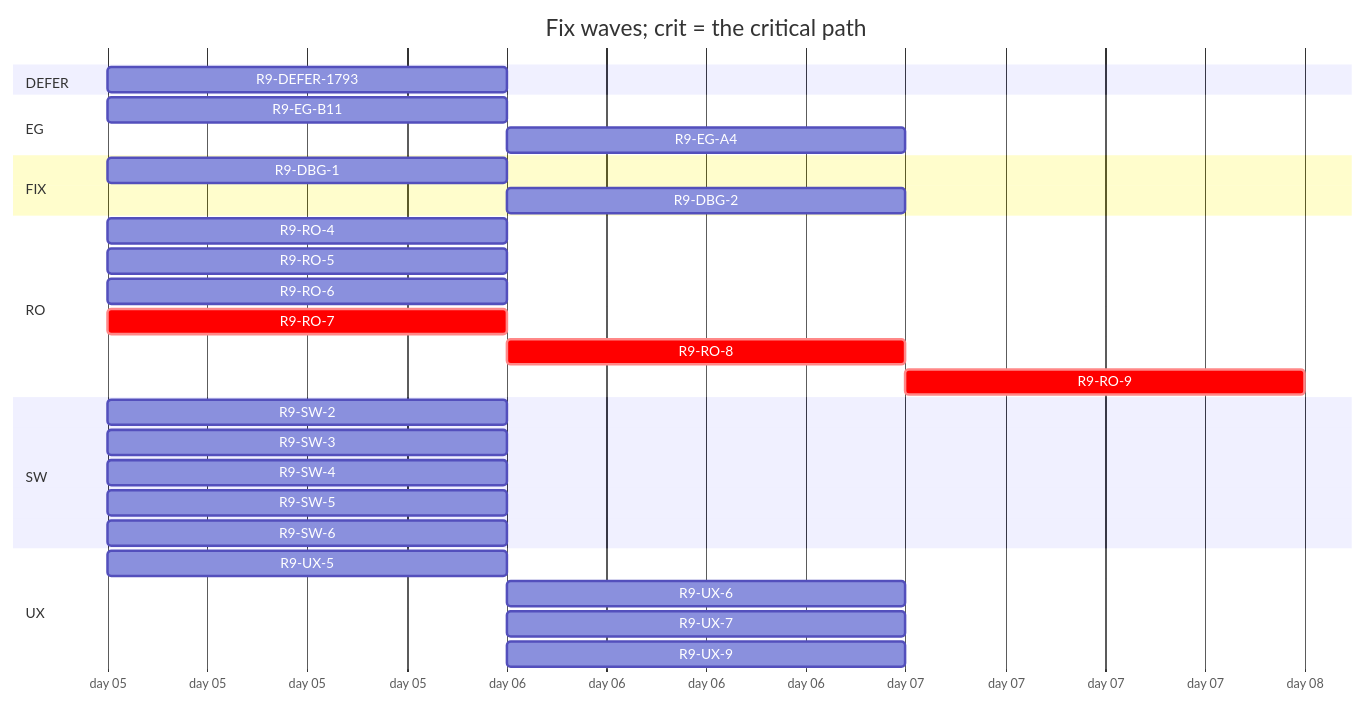
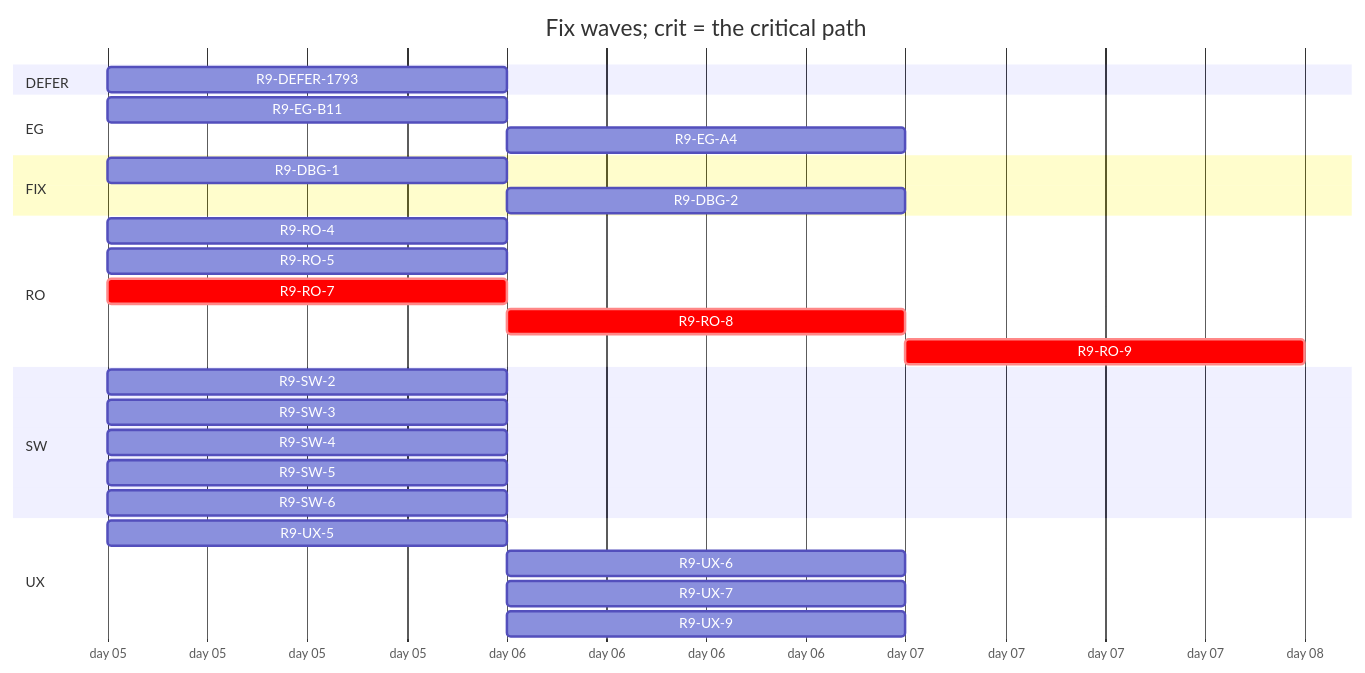
One commit to tvofi/heatpump_optimizer changed the diagram in handoff/round9/state/PLAN-TABLE.md. Above: the diagram before and after it, drawn with Mermaid. The commit also changed other lines of this file and 2 other files, not shown here.

````diff
--- a/handoff/round9/state/PLAN-TABLE.md
+++ b/handoff/round9/state/PLAN-TABLE.md
@@ -19,32 +19,31 @@
 ```mermaid
 gantt
   title Fix waves; crit = the critical path
   dateFormat YYYY-MM-DD
   axisFormat day %d
   section DEFER
     R9-DEFER-1793 :r9DEFER1793, 2026-01-05, 1d
   section EG
     R9-EG-B11 :r9EGB11, 2026-01-05, 1d
     R9-EG-A4 :r9EGA4, after r9EGB11, 1d
   section FIX
     R9-DBG-1 :r9DBG1, 2026-01-05, 1d
     R9-DBG-2 :r9DBG2, after r9DBG1, 1d
   section RO
     R9-RO-4 :r9RO4, 2026-01-05, 1d
     R9-RO-5 :r9RO5, 2026-01-05, 1d
-    R9-RO-6 :r9RO6, 2026-01-05, 1d
     R9-RO-7 :crit, r9RO7, 2026-01-05, 1d
     R9-RO-8 :crit, r9RO8, after r9RO7, 1d
-    R9-RO-9 :crit, r9RO9, after r9RO4 r9RO5 r9RO6 r9RO8 r9EGA4 r9SW4 r9UX5 r9UX6 r9UX7, 1d
+    R9-RO-9 :crit, r9RO9, after r9RO4 r9RO5 r9RO8 r9EGA4 r9SW4 r9UX5 r9UX6 r9UX7, 1d
   section SW
     R9-SW-2 :r9SW2, 2026-01-05, 1d
     R9-SW-3 :r9SW3, 2026-01-05, 1d
     R9-SW-4 :r9SW4, 2026-01-05, 1d
     R9-SW-5 :r9SW5, 2026-01-05, 1d
     R9-SW-6 :r9SW6, 2026-01-05, 1d
   section UX
     R9-UX-5 :r9UX5, 2026-01-05, 1d
     R9-UX-6 :r9UX6, after r9EGB11 r9UX5, 1d
     R9-UX-7 :r9UX7, after r9EGB11 r9UX5, 1d
     R9-UX-9 :r9UX9, after r9SW6, 1d
 ```
````
